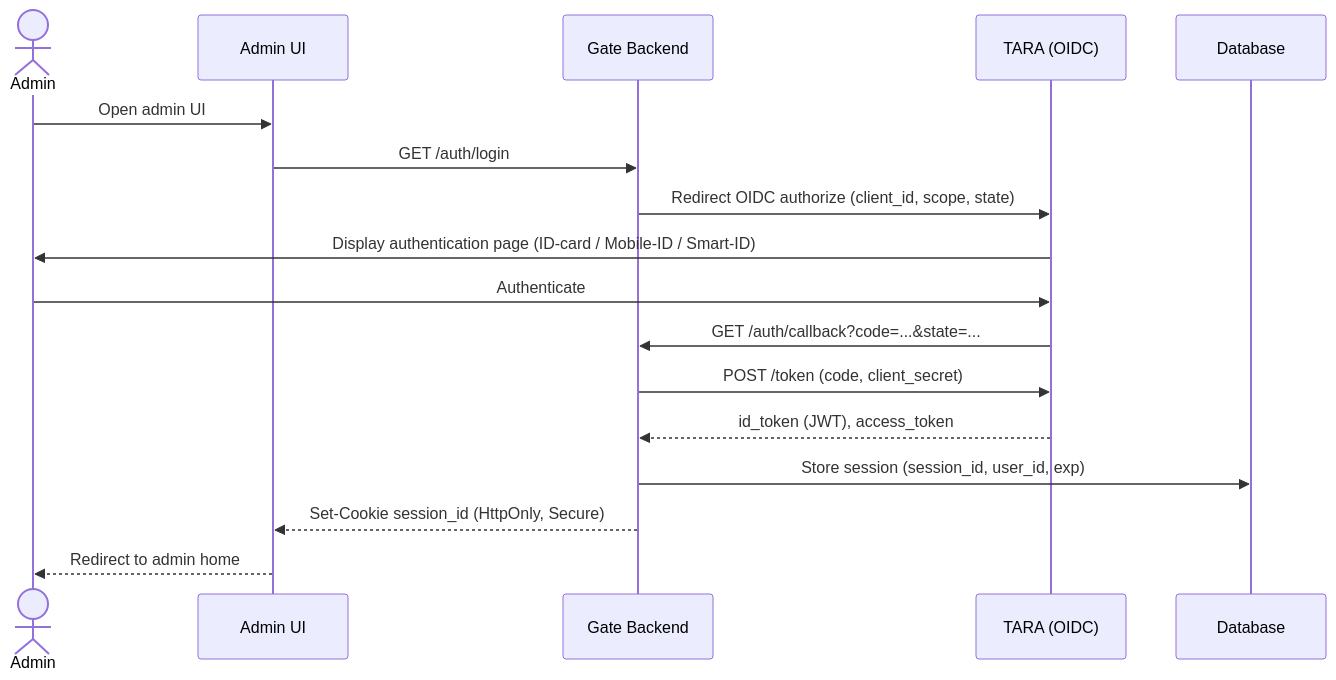
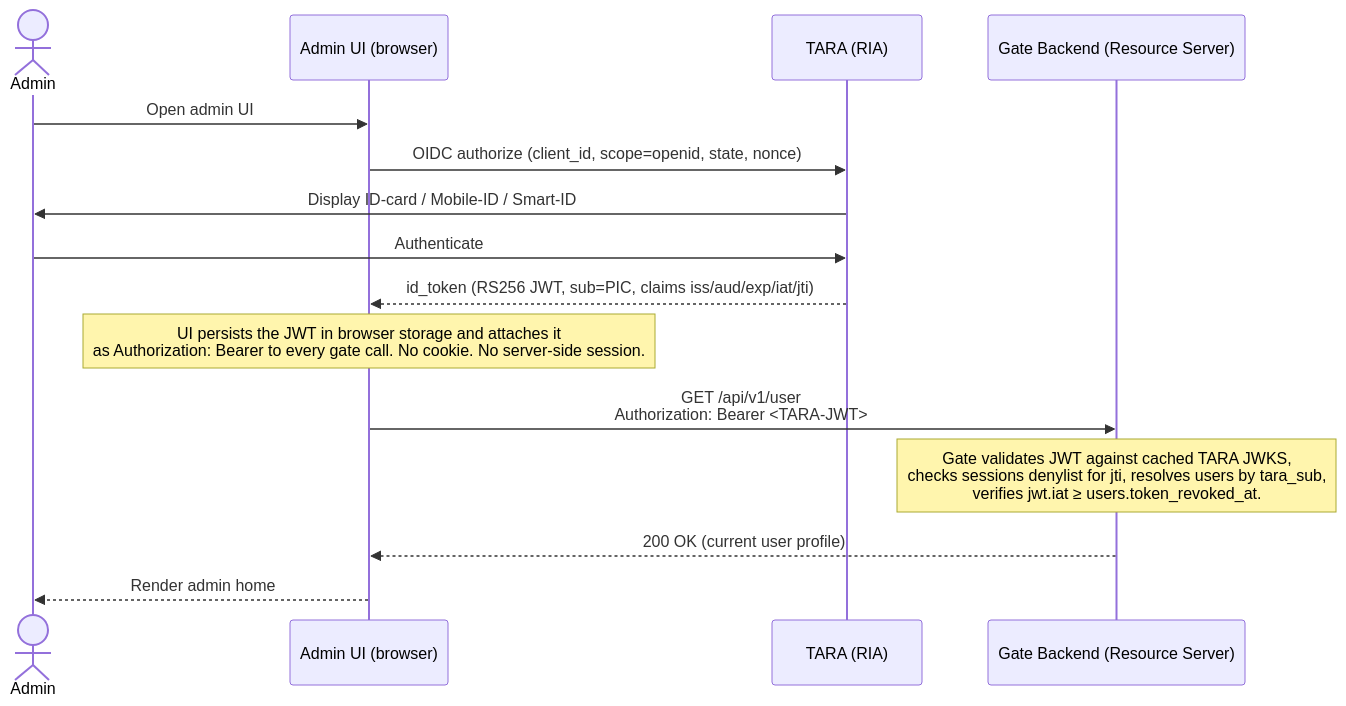
Before and after one commit to kemit-ee/efti-gate-ee: the fourth of 34 diagrams in docs/efti_full_epics_en.md, drawn with Mermaid. The commit also changed other lines of this file and 32 other files, not shown here.

First line of the commit message:
spec: principle — contract not code; strip SQL queries from non-schema files; declare break-glass + revoke-token contracts

````diff
--- a/docs/efti_full_epics_en.md
+++ b/docs/efti_full_epics_en.md
@@ -276,20 +285,20 @@
 ```mermaid
 sequenceDiagram
     actor Admin
-    participant UI as Admin UI
-    participant Gate as Gate Backend
-    participant TARA as TARA (OIDC)
-    participant DB as Database
+    participant UI as Admin UI (browser)
+    participant TARA as TARA (RIA)
+    participant Gate as Gate Backend (Resource Server)
 
     Admin->>UI: Open admin UI
-    UI->>Gate: GET /auth/login
-    Gate->>TARA: Redirect OIDC authorize (client_id, scope, state)
-    TARA->>Admin: Display authentication page (ID-card / Mobile-ID / Smart-ID)
+    UI->>TARA: OIDC authorize (client_id, scope=openid, state, nonce)
+    TARA->>Admin: Display ID-card / Mobile-ID / Smart-ID
     Admin->>TARA: Authenticate
-    TARA->>Gate: GET /auth/callback?code=...&state=...
-    Gate->>TARA: POST /token (code, client_secret)
-    TARA-->>Gate: id_token (JWT), access_token
-    Gate->>DB: Store session (session_id, user_id, exp)
-    Gate-->>UI: Set-Cookie session_id (HttpOnly, Secure)
-    UI-->>Admin: Redirect to admin home
+    TARA-->>UI: id_token (RS256 JWT, sub=PIC, claims iss/aud/exp/iat/jti)
+
+    Note over UI: UI persists the JWT in browser storage and attaches it<br/>as Authorization: Bearer to every gate call. No cookie. No server-side session.
+
+    UI->>Gate: GET /api/v1/user<br/>Authorization: Bearer <TARA-JWT>
+    Note over Gate: Gate validates JWT against cached TARA JWKS,<br/>checks sessions denylist for jti, resolves users by tara_sub,<br/>verifies jwt.iat ≥ users.token_revoked_at.
+    Gate-->>UI: 200 OK (current user profile)
+    UI-->>Admin: Render admin home
 ```
````
